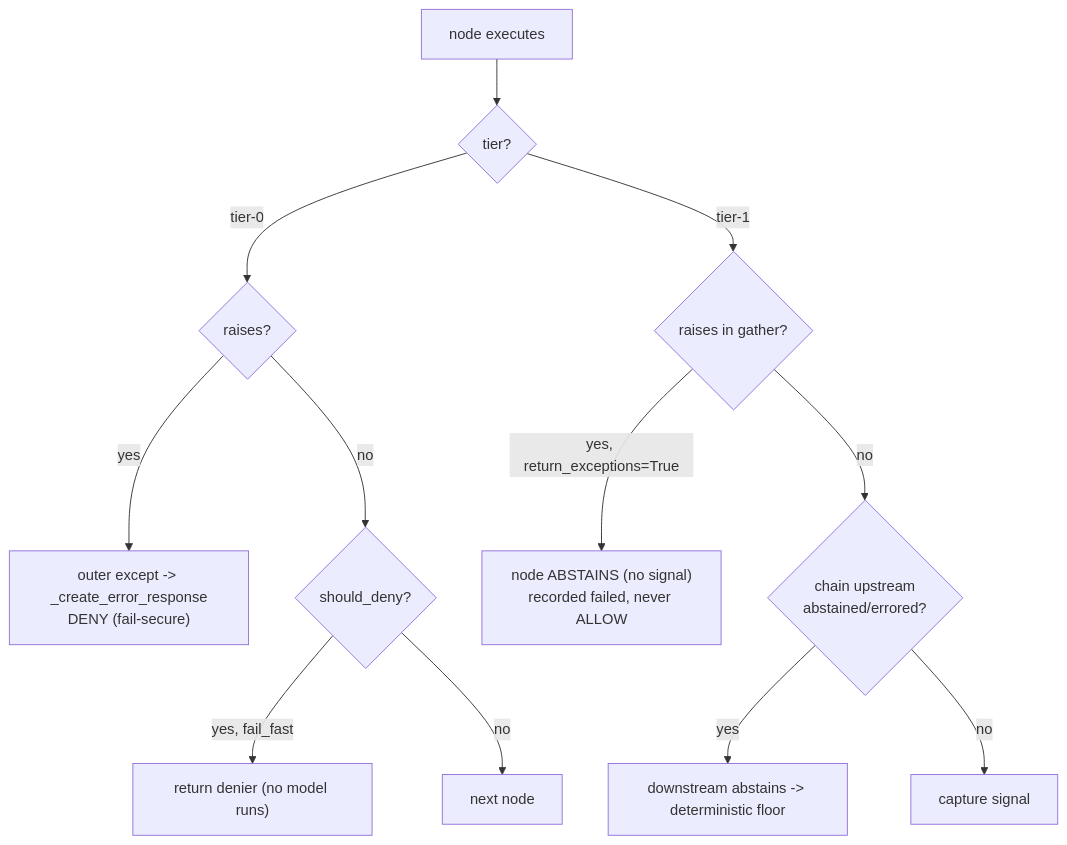
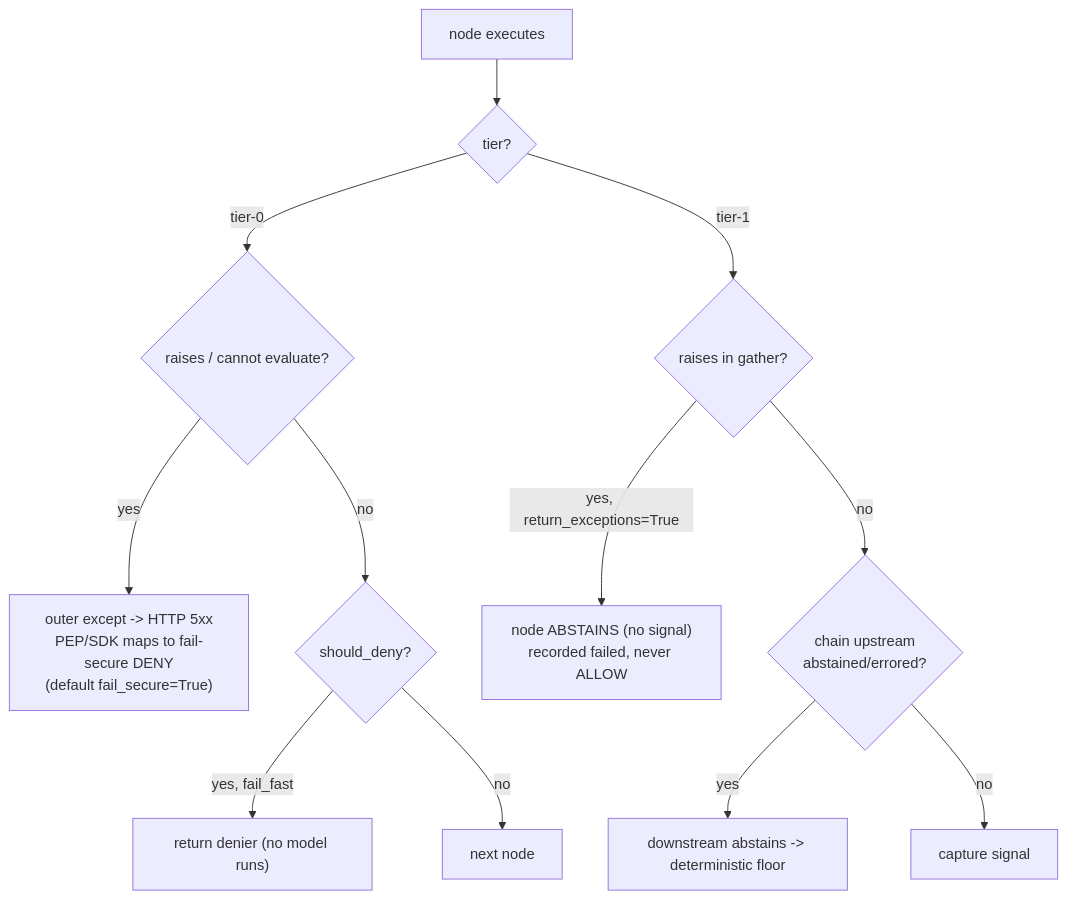
The fourth of 5 diagrams in lld/31-dag-scheduler.md (shashank31mar/Sentra), drawn with Mermaid before and after one commit. The commit also changed other lines of this file and 4 other files, not shown here.

````diff
--- a/lld/31-dag-scheduler.md
+++ b/lld/31-dag-scheduler.md
@@ -409,14 +443,14 @@
 ```mermaid
 flowchart TD
   N["node executes"] --> Q{"tier?"}
-  Q -->|tier-0| T0R{"raises?"}
-  T0R -->|yes| OUT["outer except -> _create_error_response<br/>DENY (fail-secure)"]
+  Q -->|tier-0| T0R{"raises / cannot evaluate?"}
+  T0R -->|yes| OUT["outer except -> HTTP 5xx<br/>PEP/SDK maps to fail-secure DENY<br/>(default fail_secure=True)"]
   T0R -->|no| T0D{"should_deny?"}
   T0D -->|yes, fail_fast| DENY["return denier (no model runs)"]
   T0D -->|no| NEXT["next node"]
   Q -->|tier-1| T1R{"raises in gather?"}
   T1R -->|yes, return_exceptions=True| ABST["node ABSTAINS (no signal)<br/>recorded failed, never ALLOW"]
   T1R -->|no| T1C{"chain upstream<br/>abstained/errored?"}
   T1C -->|yes| FLOOR["downstream abstains -> deterministic floor"]
   T1C -->|no| OK["capture signal"]
 ```
````
